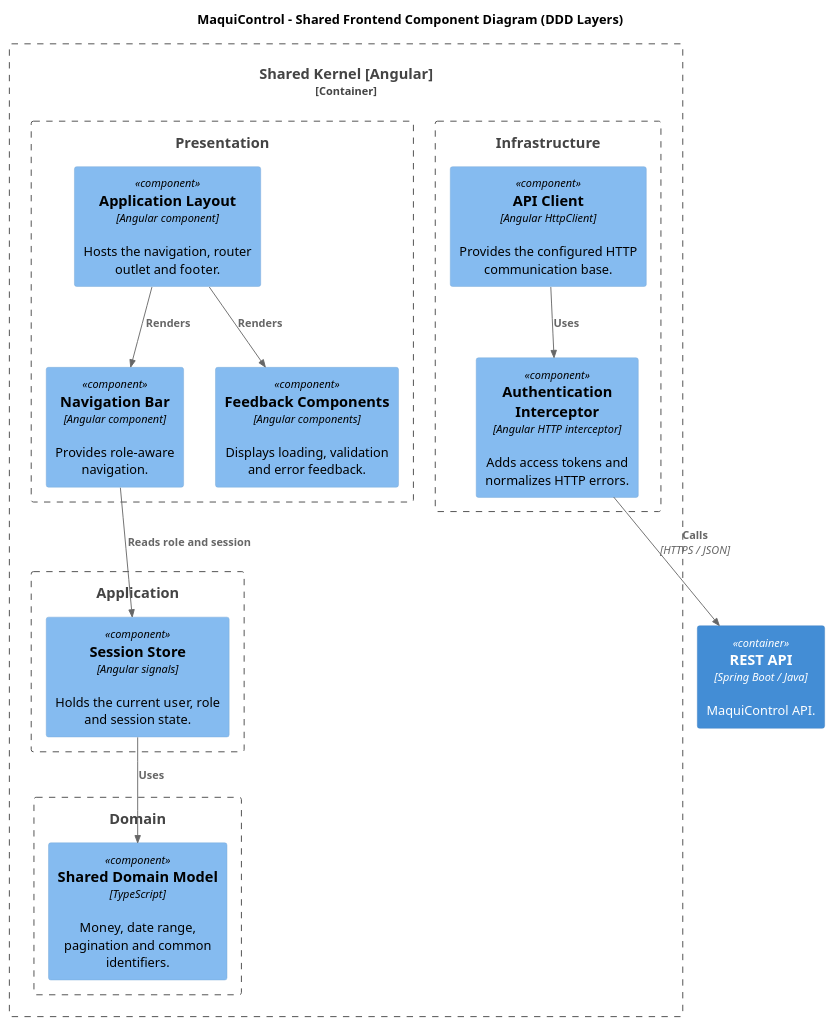
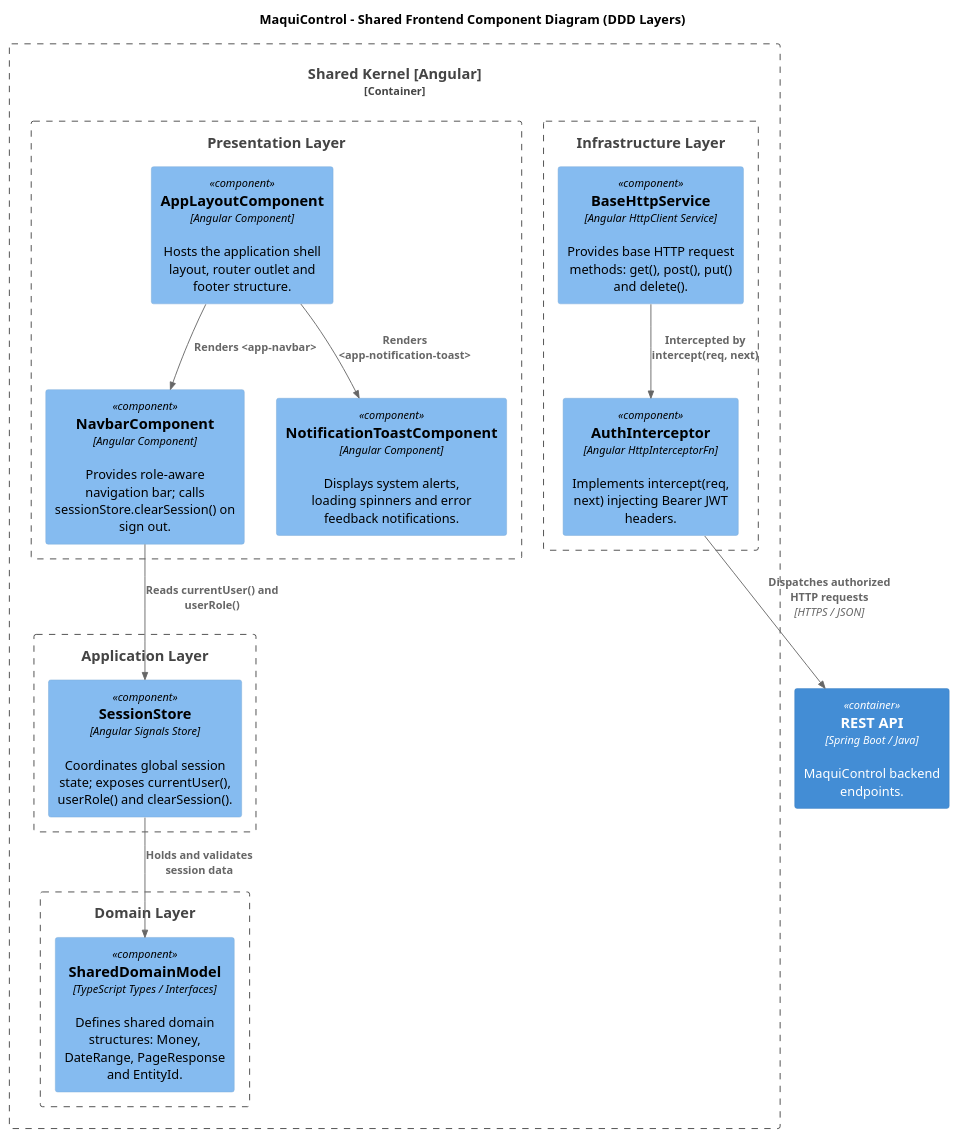
The diagram in docs/architecture/components/shared-frontend-components.puml (AndesHeavyTech/MaquiControl), drawn with PlantUML before and after one commit. The commit also changed 31 other files, not shown here.

Commit message:
docs(diagrams): update component descriptions and API endpoint details across multiple diagrams

```diff
--- a/docs/architecture/components/shared-frontend-components.puml
+++ b/docs/architecture/components/shared-frontend-components.puml
@@ -1,33 +1,33 @@
 @startuml
 !include <C4/C4_Component>
 
 title MaquiControl - Shared Frontend Component Diagram (DDD Layers)
 
 Container_Boundary(shared, "Shared Kernel [Angular]") {
-    Boundary(presentation, "Presentation") {
-        Component(layout, "Application Layout", "Angular component", "Hosts the navigation, router outlet and footer.")
-        Component(navigation, "Navigation Bar", "Angular component", "Provides role-aware navigation.")
-        Component(feedback, "Feedback Components", "Angular components", "Displays loading, validation and error feedback.")
+    Boundary(presentation, "Presentation Layer") {
+        Component(layout, "AppLayoutComponent", "Angular Component", "Hosts the application shell layout, router outlet and footer structure.")
+        Component(navigation, "NavbarComponent", "Angular Component", "Provides role-aware navigation bar; calls sessionStore.clearSession() on sign out.")
+        Component(feedback, "NotificationToastComponent", "Angular Component", "Displays system alerts, loading spinners and error feedback notifications.")
     }
-    Boundary(application, "Application") {
-        Component(sessionStore, "Session Store", "Angular signals", "Holds the current user, role and session state.")
+    Boundary(application, "Application Layer") {
+        Component(sessionStore, "SessionStore", "Angular Signals Store", "Coordinates global session state; exposes currentUser(), userRole() and clearSession().")
     }
-    Boundary(domain, "Domain") {
-        Component(sharedModel, "Shared Domain Model", "TypeScript", "Money, date range, pagination and common identifiers.")
+    Boundary(domain, "Domain Layer") {
+        Component(sharedModel, "SharedDomainModel", "TypeScript Types / Interfaces", "Defines shared domain structures: Money, DateRange, PageResponse and EntityId.")
     }
-    Boundary(infrastructure, "Infrastructure") {
-        Component(apiClient, "API Client", "Angular HttpClient", "Provides the configured HTTP communication base.")
-        Component(authInterceptor, "Authentication Interceptor", "Angular HTTP interceptor", "Adds access tokens and normalizes HTTP errors.")
+    Boundary(infrastructure, "Infrastructure Layer") {
+        Component(apiClient, "BaseHttpService", "Angular HttpClient Service", "Provides base HTTP request methods: get(), post(), put() and delete().")
+        Component(authInterceptor, "AuthInterceptor", "Angular HttpInterceptorFn", "Implements intercept(req, next) injecting Bearer JWT headers.")
     }
 }
 
-Container(api, "REST API", "Spring Boot / Java", "MaquiControl API.")
+Container(api, "REST API", "Spring Boot / Java", "MaquiControl backend endpoints.")
 
-Rel(layout, navigation, "Renders")
-Rel(layout, feedback, "Renders")
-Rel(navigation, sessionStore, "Reads role and session")
-Rel(sessionStore, sharedModel, "Uses")
-Rel(apiClient, authInterceptor, "Uses")
-Rel(authInterceptor, api, "Calls", "HTTPS / JSON")
+Rel(layout, navigation, "Renders <app-navbar>")
+Rel(layout, feedback, "Renders <app-notification-toast>")
+Rel(navigation, sessionStore, "Reads currentUser() and userRole()")
+Rel(sessionStore, sharedModel, "Holds and validates session data")
+Rel(apiClient, authInterceptor, "Intercepted by intercept(req, next)")
+Rel(authInterceptor, api, "Dispatches authorized HTTP requests", "HTTPS / JSON")
 
 @enduml
```
